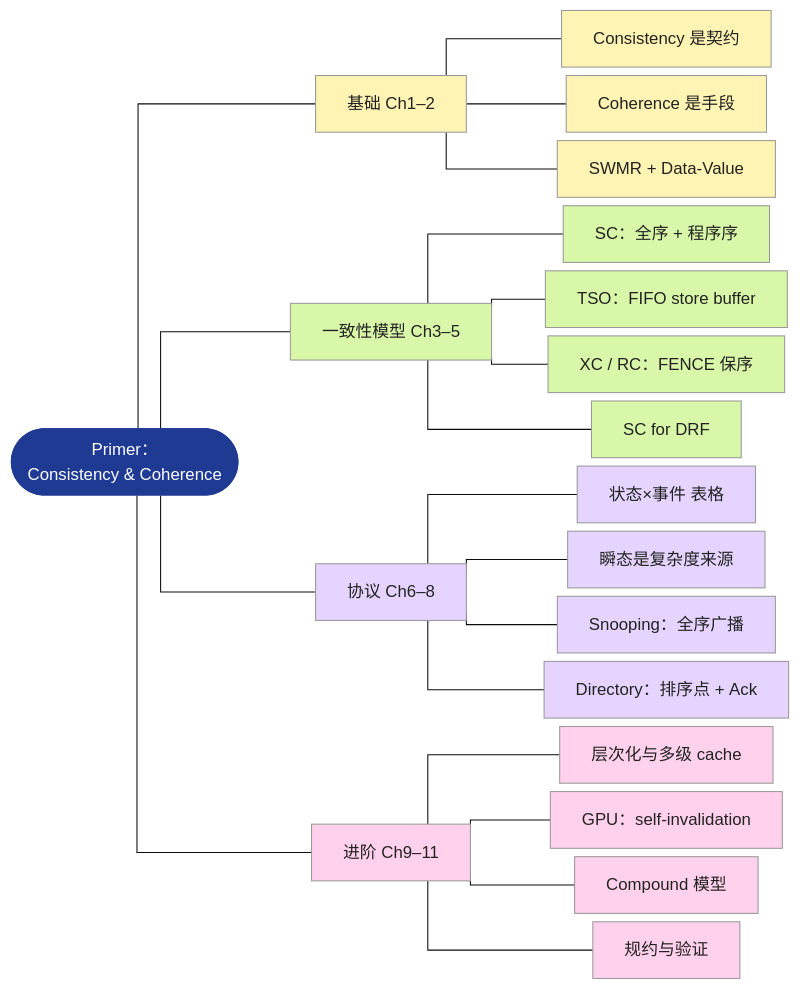
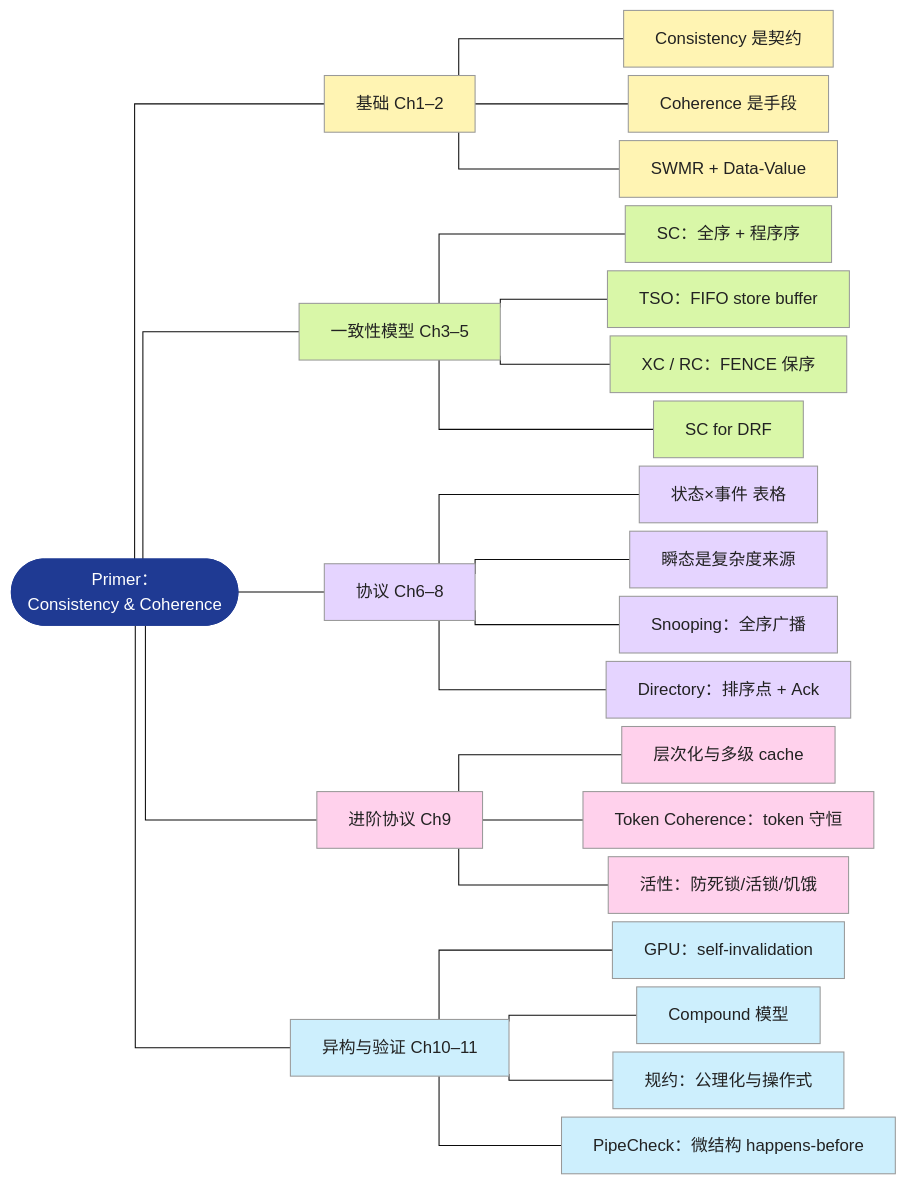
One commit to BeenLi/dailypaper-skills changed the second of 2 diagrams in skills/book-reader/references/mindmap-rules.md. Above: the diagram before and after it, drawn with Mermaid (base theme). The commit also changed other lines of this file and 1 other file, not shown here.

First line of the commit message:
book-reader: mind map must cover every section; compress, never omit

````diff
--- a/skills/book-reader/references/mindmap-rules.md
+++ b/skills/book-reader/references/mindmap-rules.md
@@ -132,29 +139,34 @@
 ```mermaid
-%%{init: {"flowchart": {"nodeSpacing": 8, "rankSpacing": 50, "curve": "stepBefore"}}}%%
+%%{init: {"flowchart": {"nodeSpacing": 8, "rankSpacing": 50, "curve": "stepBefore", "wrappingWidth": 320}}}%%
 flowchart LR
   Root(["Primer：<br/>Consistency & Coherence"]):::hub
   Root --- Basis["基础 Ch1–2"]:::c1
     Basis --- B1["Consistency 是契约"]:::c1
     Basis --- B2["Coherence 是手段"]:::c1
     Basis --- B3["SWMR + Data-Value"]:::c1
   Root --- Models["一致性模型 Ch3–5"]:::c2
     Models --- M1["SC：全序 + 程序序"]:::c2
     Models --- M2["TSO：FIFO store buffer"]:::c2
     Models --- M3["XC / RC：FENCE 保序"]:::c2
     Models --- M4["SC for DRF"]:::c2
   Root --- Protocols["协议 Ch6–8"]:::c3
     Protocols --- P1["状态×事件 表格"]:::c3
     Protocols --- P2["瞬态是复杂度来源"]:::c3
     Protocols --- P3["Snooping：全序广播"]:::c3
     Protocols --- P4["Directory：排序点 + Ack"]:::c3
-  Root --- Advanced["进阶 Ch9–11"]:::c4
-    Advanced --- A1["层次化与多级 cache"]:::c4
-    Advanced --- A2["GPU：self-invalidation"]:::c4
-    Advanced --- A3["Compound 模型"]:::c4
-    Advanced --- A4["规约与验证"]:::c4
+  Root --- Adv["进阶协议 Ch9"]:::c4
+    Adv --- A1["层次化与多级 cache"]:::c4
+    Adv --- A2["Token Coherence：token 守恒"]:::c4
+    Adv --- A3["活性：防死锁/活锁/饥饿"]:::c4
+  Root --- Hetero["异构与验证 Ch10–11"]:::c5
+    Hetero --- H1["GPU：self-invalidation"]:::c5
+    Hetero --- H2["Compound 模型"]:::c5
+    Hetero --- H3["规约：公理化与操作式"]:::c5
+    Hetero --- H4["PipeCheck：微结构 happens-before"]:::c5
   classDef hub fill:#1f3a93,color:#fff,stroke:#1f3a93
   classDef c1 fill:#fff4b3,color:#222,stroke:#999
   classDef c2 fill:#d9f7a8,color:#222,stroke:#999
   classDef c3 fill:#e5d4ff,color:#222,stroke:#999
   classDef c4 fill:#ffd1ec,color:#222,stroke:#999
+  classDef c5 fill:#cdeffd,color:#222,stroke:#999
 ```
````
